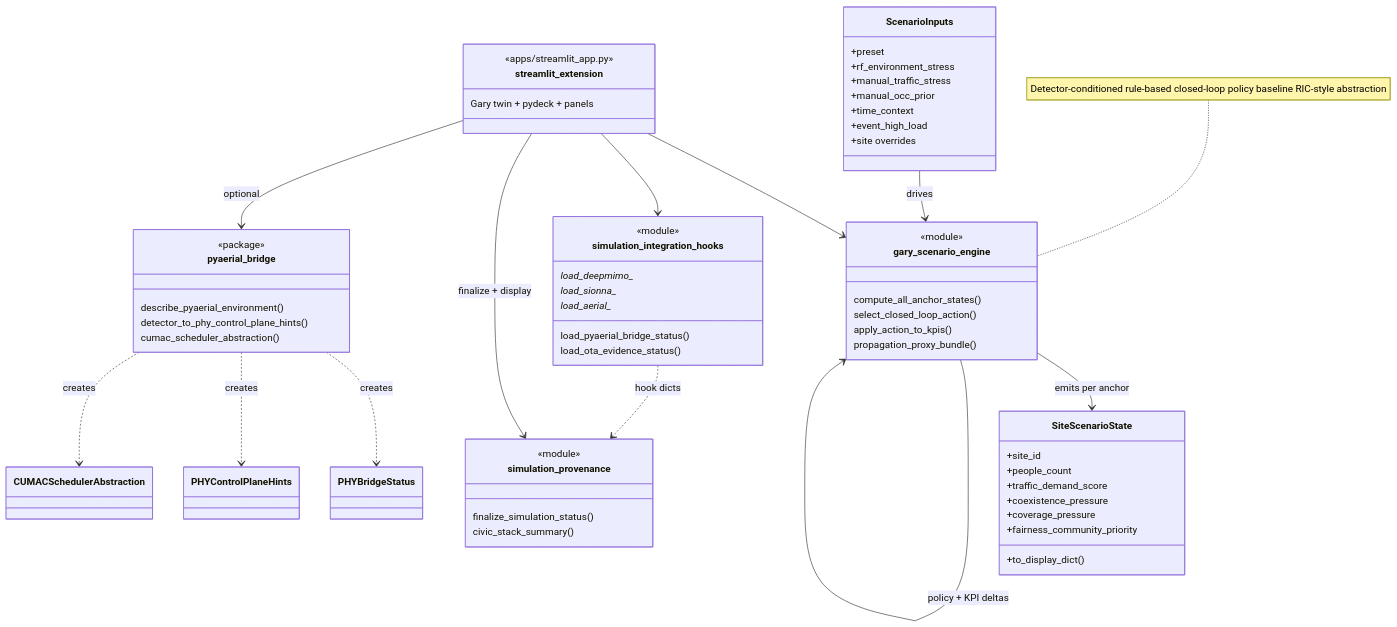
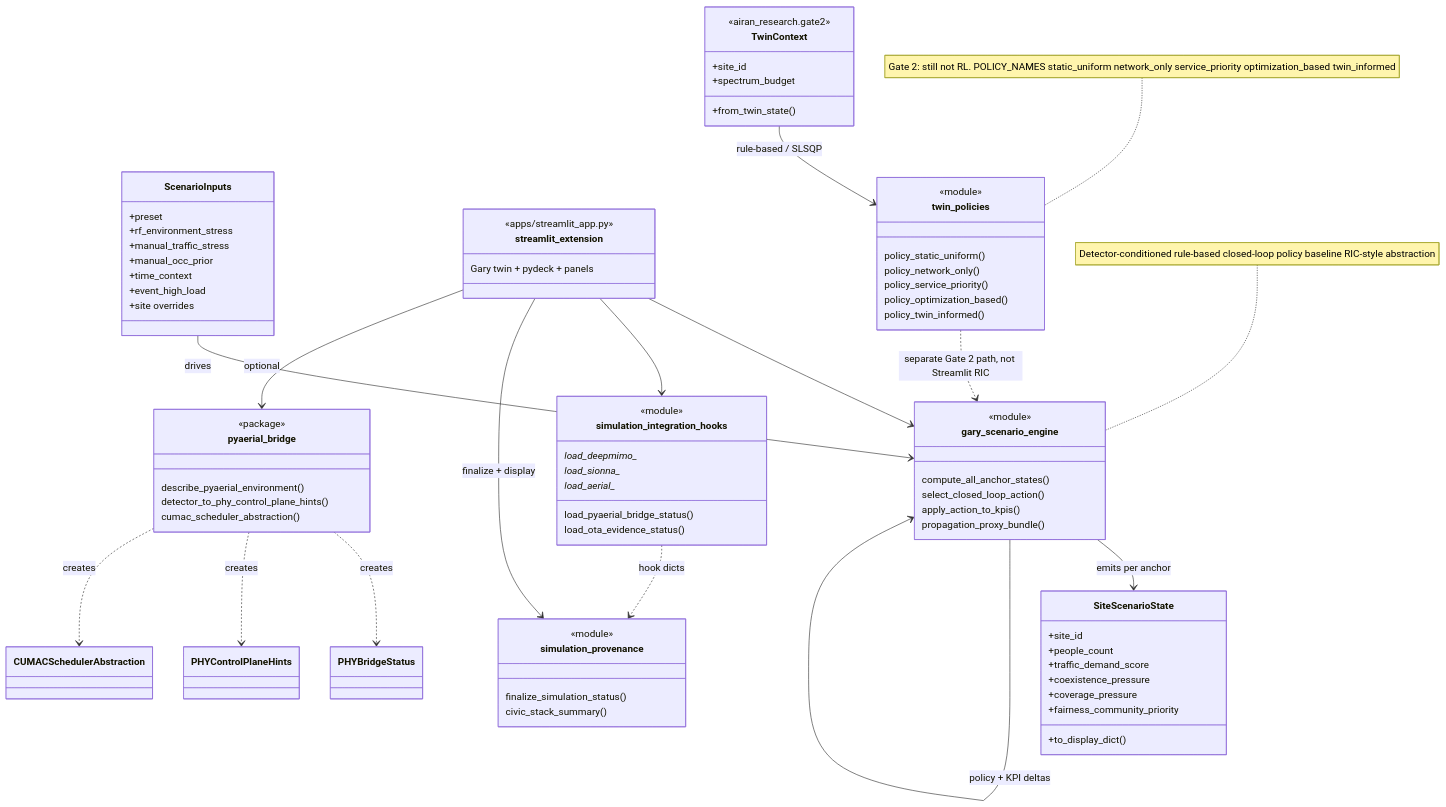
Before and after one commit to gunnchOS3k/spectrumx-ai-ran-gary: the diagram in docs/uml/current/class_diagram_extension_current.md, drawn with Mermaid. The commit also changed other lines of this file and 21 other files, not shown here.

First line of the commit message:
Audit current UML against Gate 2 and keep the controller rule-based.

````diff
--- a/docs/uml/current/class_diagram_extension_current.md
+++ b/docs/uml/current/class_diagram_extension_current.md
@@ -71,6 +71,22 @@
     cumac_scheduler_abstraction()
   }
 
+  class TwinContext {
+    <<airan_research.gate2>>
+    +site_id
+    +spectrum_budget
+    +from_twin_state()
+  }
+
+  class twin_policies {
+    <<module>>
+    policy_static_uniform()
+    policy_network_only()
+    policy_service_priority()
+    policy_optimization_based()
+    policy_twin_informed()
+  }
+
   ScenarioInputs --> gary_scenario_engine : drives
   gary_scenario_engine --> SiteScenarioState : emits per anchor
   gary_scenario_engine --> gary_scenario_engine : policy + KPI deltas
@@ -80,10 +96,14 @@
   streamlit_extension --> simulation_provenance : finalize + display
   simulation_integration_hooks ..> simulation_provenance : hook dicts
 
+  TwinContext --> twin_policies : rule-based / SLSQP
+  twin_policies ..> gary_scenario_engine : separate Gate 2 path, not Streamlit RIC
+
   pyaerial_bridge ..> PHYBridgeStatus : creates
   pyaerial_bridge ..> PHYControlPlaneHints : creates
   pyaerial_bridge ..> CUMACSchedulerAbstraction : creates
   streamlit_extension --> pyaerial_bridge : optional
 
   note for gary_scenario_engine "Detector-conditioned rule-based closed-loop policy baseline RIC-style abstraction"
+  note for twin_policies "Gate 2: still not RL. POLICY_NAMES static_uniform network_only service_priority optimization_based twin_informed"
 ```
````
